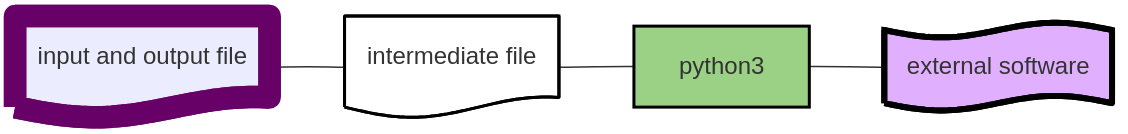
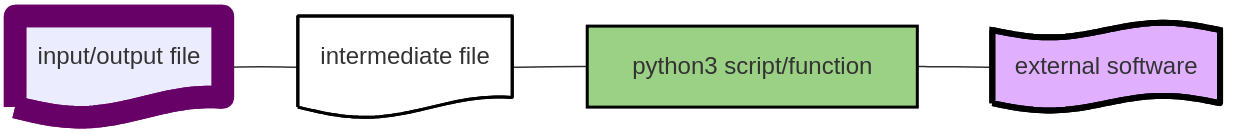
One commit to OcMalde/fuse-phylotree changed the first of 2 diagrams in README.md. Above: the diagram before and after it, drawn with Mermaid.

````diff
--- a/README.md
+++ b/README.md
@@ -19,21 +19,20 @@
 ```mermaid
 
 flowchart LR
 
-l1@{ shape: doc, label: "input and output file" } --- l2@{ shape: doc, label: "intermediate file" };
-l2 --- l3[python3];
-l3 --- l4@{ shape: flag, label: "external software" };
+l1@{ shape: doc, label: "input/output file" } --- l2@{ shape: doc, label: "intermediate file" }
+l2 --- l3[python3 script/function]
+l3 --- l4@{ shape: flag, label: "external software" }
 
-classDef toolsl fill:#E0B0FF,stroke:#000,stroke-width:4px;
-class l4 toolsl;
+classDef toolsl fill:#E0B0FF,stroke:#000,stroke-width:4px
+class l4 toolsl
 
 classDef filesl fill:#fff,stroke:#000,stroke-width:2px;
-class l2 filesl;
+class l2 filesl
 
 classDef inputl stroke:#670067,stroke-width:15px;
-class l1 inputl;
+class l1 inputl
 
 classDef scriptsl fill:#9BD184,stroke:#000,stroke-width:2px;
-class l3 scriptsl;
-
+class l3 scriptsl
 ```
````
